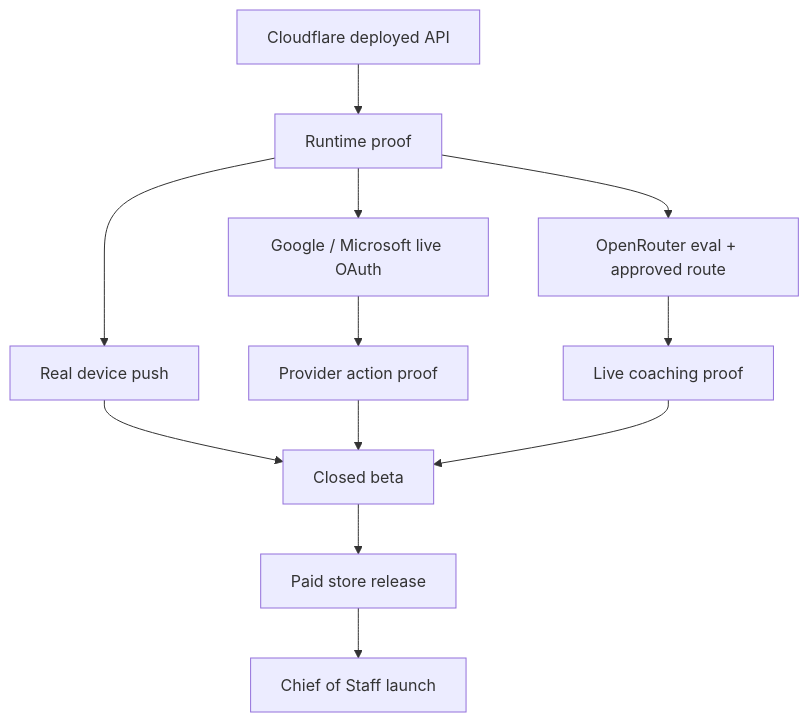
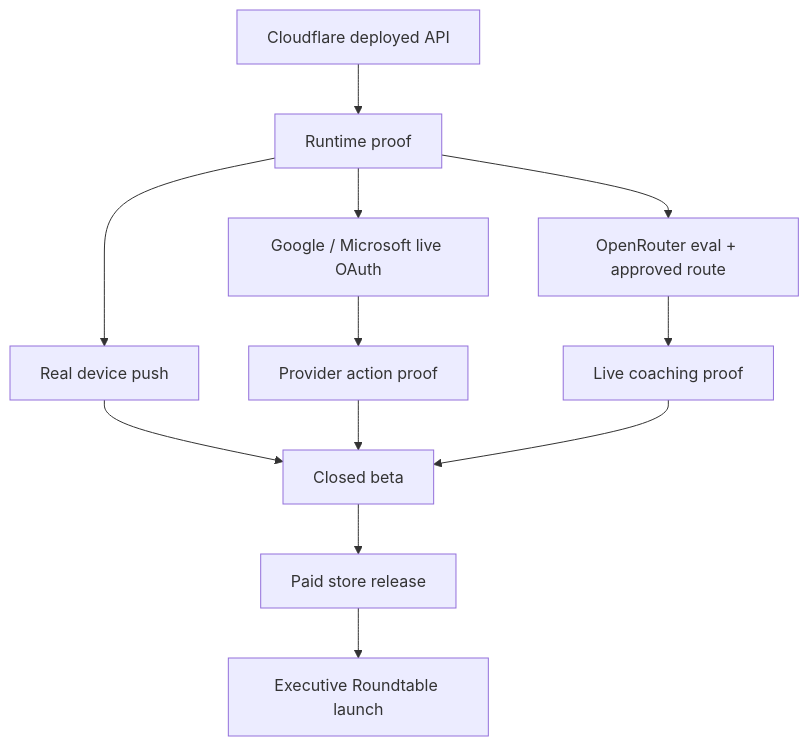
One commit to seq23/aplayer-mode changed the diagram in docs/26-EXTERNAL-RUNTIME-GATES.md. Above: the diagram before and after it, drawn with Mermaid. The commit also changed other lines of this file and 47 other files, not shown here.

First line of the commit message:
Rename paid plans: Executive Roundtable, Executive Suite, Autopilot (ADR-0006)

````diff
--- a/docs/26-EXTERNAL-RUNTIME-GATES.md
+++ b/docs/26-EXTERNAL-RUNTIME-GATES.md
@@ -10,14 +10,14 @@
 ```mermaid
 flowchart TD
   CF[Cloudflare deployed API] --> RT[Runtime proof]
   RT --> OR[OpenRouter eval + approved route]
   RT --> OAUTH[Google / Microsoft live OAuth]
   RT --> PUSH[Real device push]
   OAUTH --> ACTION[Provider action proof]
   OR --> COACH[Live coaching proof]
   PUSH --> BETA[Closed beta]
   ACTION --> BETA
   COACH --> BETA
   BETA --> STORE[Paid store release]
-  STORE --> PROD[Chief of Staff launch]
+  STORE --> PROD[Executive Roundtable launch]
 ```
````
